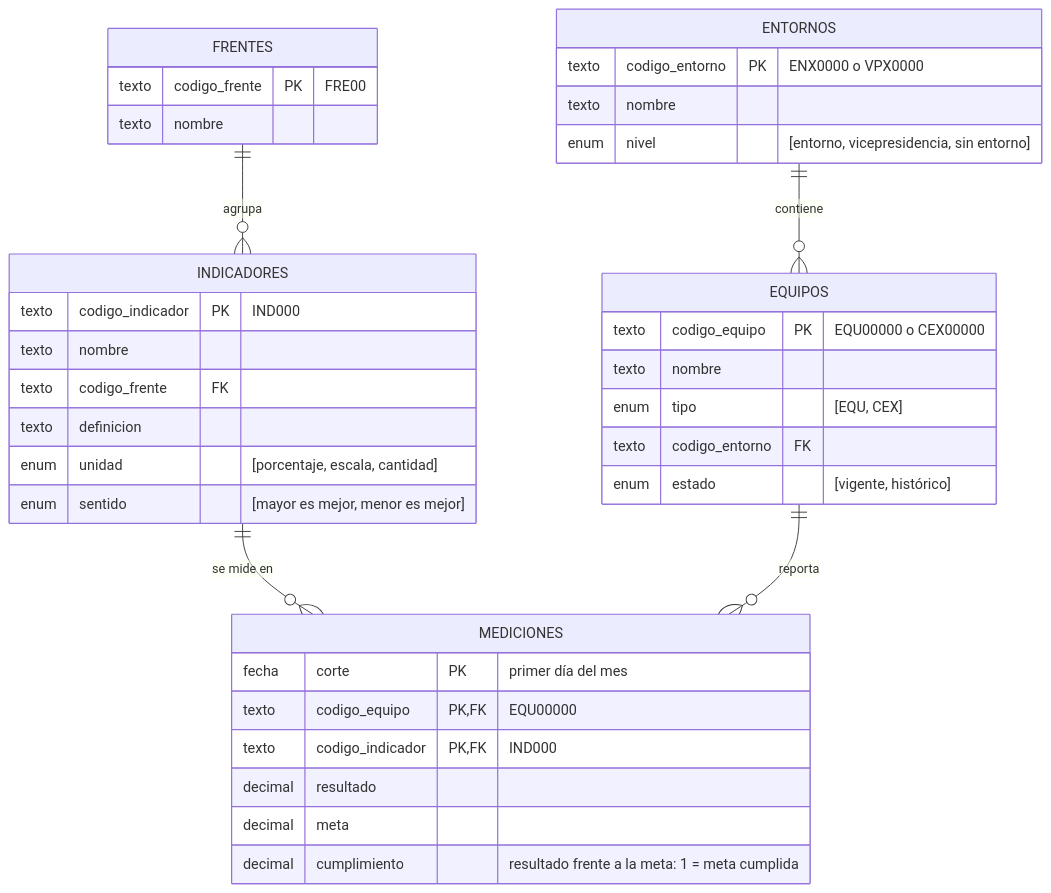
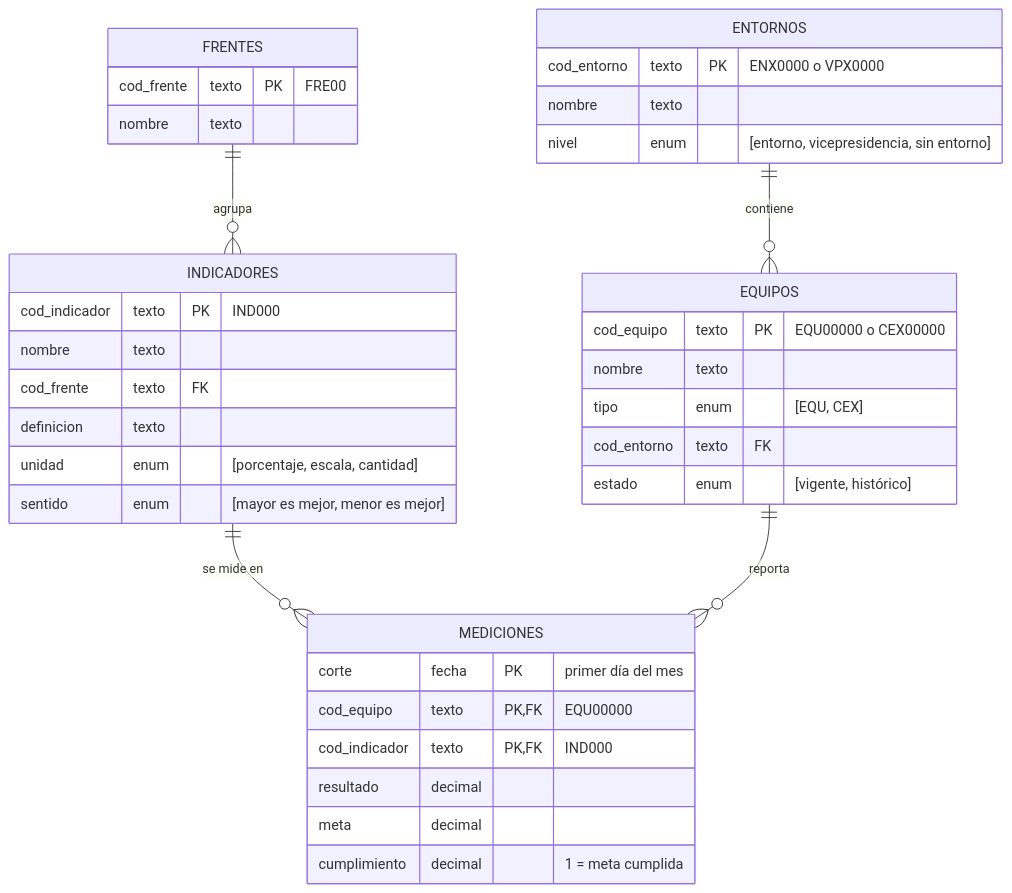
One commit to santiagoneusa/cib-de-technical-interview changed the diagram in README.md. Above: the diagram before and after it, drawn with Mermaid. The commit also changed other lines of this file and 3 other files, not shown here.

Commit message:
1.1: la estructura propuesta y su justificación viven en el README de experimentación; README principal solo con el diagrama

````diff
--- a/README.md
+++ b/README.md
@@ -27,39 +27,39 @@
 ```mermaid
 erDiagram
     FRENTES ||--o{ INDICADORES : "agrupa"
     INDICADORES ||--o{ MEDICIONES : "se mide en"
     EQUIPOS ||--o{ MEDICIONES : "reporta"
     ENTORNOS ||--o{ EQUIPOS : "contiene"
     MEDICIONES {
-        fecha corte PK "primer día del mes"
-        texto codigo_equipo PK, FK "EQU00000"
-        texto codigo_indicador PK, FK "IND000"
-        decimal resultado
-        decimal meta
-        decimal cumplimiento "resultado frente a la meta: 1 = meta cumplida"
+        corte fecha PK "primer día del mes"
+        cod_equipo texto PK, FK "EQU00000"
+        cod_indicador texto PK, FK "IND000"
+        resultado decimal
+        meta decimal
+        cumplimiento decimal "1 = meta cumplida"
     }
     EQUIPOS {
-        texto codigo_equipo PK "EQU00000 o CEX00000"
-        texto nombre
-        enum tipo "[EQU, CEX]"
-        texto codigo_entorno FK
-        enum estado "[vigente, histórico]"
+        cod_equipo texto PK "EQU00000 o CEX00000"
+        nombre texto
+        tipo enum "[EQU, CEX]"
+        cod_entorno texto FK
+        estado enum "[vigente, histórico]"
     }
     ENTORNOS {
-        texto codigo_entorno PK "ENX0000 o VPX0000"
-        texto nombre
-        enum nivel "[entorno, vicepresidencia, sin entorno]"
+        cod_entorno texto PK "ENX0000 o VPX0000"
+        nombre texto
+        nivel enum "[entorno, vicepresidencia, sin entorno]"
     }
     INDICADORES {
-        texto codigo_indicador PK "IND000"
-        texto nombre
-        texto codigo_frente FK
-        texto definicion
-        enum unidad "[porcentaje, escala, cantidad]"
-        enum sentido "[mayor es mejor, menor es mejor]"
+        cod_indicador texto PK "IND000"
+        nombre texto
+        cod_frente texto FK
+        definicion texto
+        unidad enum "[porcentaje, escala, cantidad]"
+        sentido enum "[mayor es mejor, menor es mejor]"
     }
     FRENTES {
-        texto codigo_frente PK "FRE00"
-        texto nombre
+        cod_frente texto PK "FRE00"
+        nombre texto
     }
 ```
````
